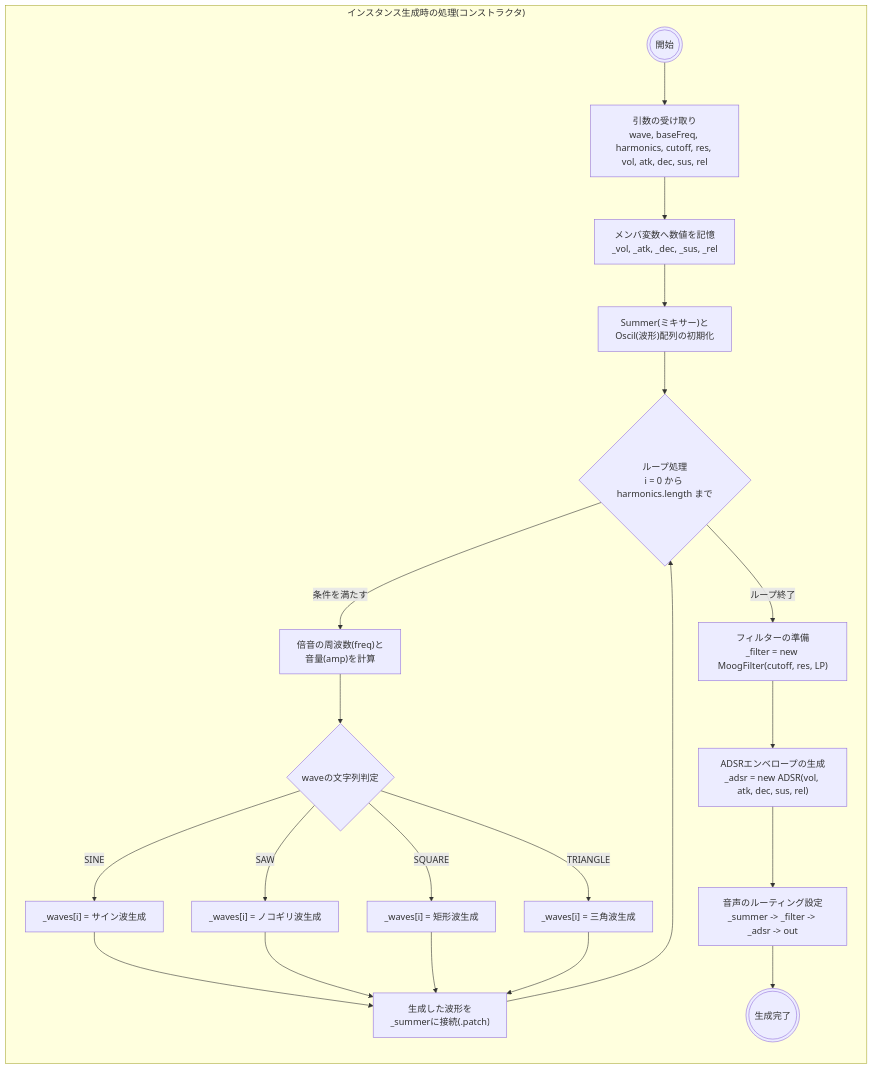
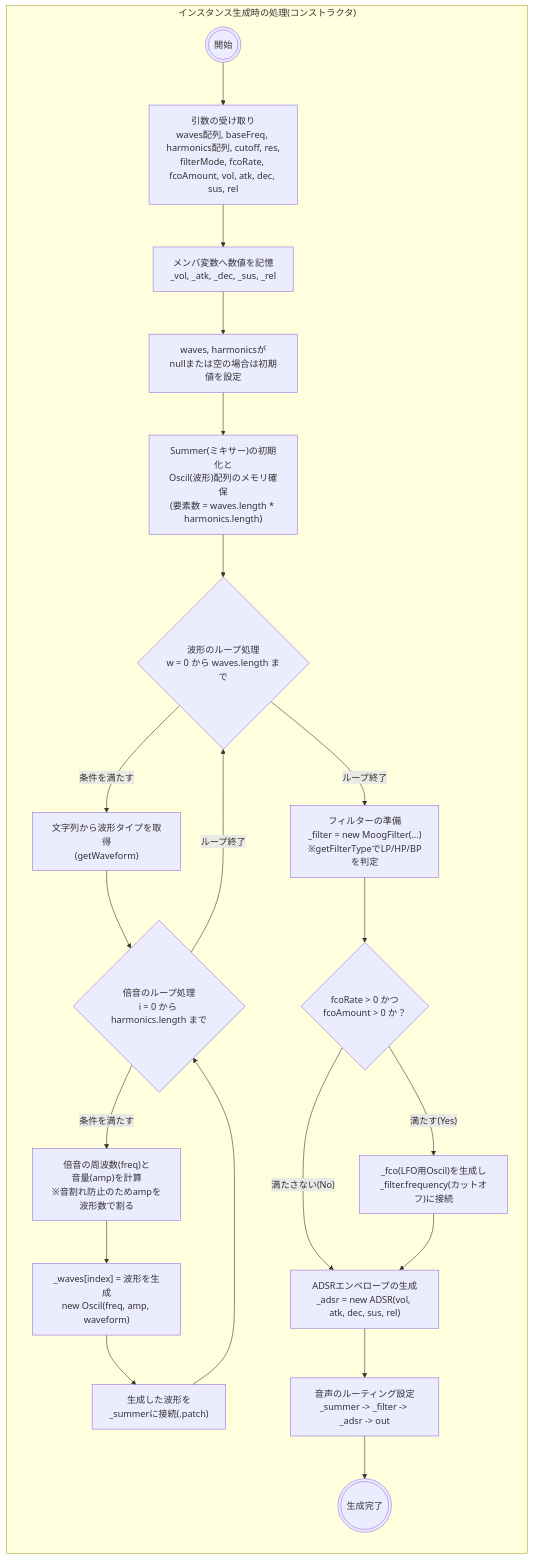
The diagram in InstrumentModule_constructor.md (codenameFKR/hakkason), drawn with Mermaid before and after one commit. The commit also changed 4 other files, not shown here.

````diff
--- a/InstrumentModule_constructor.md
+++ b/InstrumentModule_constructor.md
@@ -1,40 +1,44 @@
 ```mermaid
 
 graph TD;
     %% コンストラクタの処理フロー
     subgraph Constructor ["<span style='white-space: nowrap;'>インスタンス生成時の処理(コンストラクタ)</span>"]
     direction TB
-        Start((("開始"))) --> Args["引数の受け取り<br>wave, baseFreq, harmonics, cutoff, res, vol, atk, dec, sus, rel"]
+        Start((("開始"))) --> Args["引数の受け取り<br>waves配列, baseFreq, harmonics配列, cutoff, res,<br>filterMode, fcoRate, fcoAmount, vol, atk, dec, sus, rel"]
         
         Args --> Assign["メンバ変数へ数値を記憶<br>_vol, _atk, _dec, _sus, _rel"]
         
-        Assign --> InitSummer["Summer(ミキサー)と<br>Oscil(波形)配列の初期化"]
+        Assign --> CheckNulls["waves, harmonicsが<br>nullまたは空の場合は初期値を設定"]
         
-        InitSummer --> LoopStart{"ループ処理<br>i = 0 から harmonics.length まで"}
+        CheckNulls --> InitSummer["Summer(ミキサー)の初期化と<br>Oscil(波形)配列のメモリ確保<br>(要素数 = waves.length * harmonics.length)"]
         
-        LoopStart -- 条件を満たす --> Calc["倍音の周波数(freq)と<br>音量(amp)を計算"]
+        InitSummer --> OuterLoopStart{"波形のループ処理<br>w = 0 から waves.length まで"}
         
-        Calc --> Cond{"waveの文字列判定"}
+        OuterLoopStart -- 条件を満たす --> GetWaveType["文字列から波形タイプを取得<br>(getWaveform)"]
         
-        Cond -- "SINE" --> WSine["_waves[i] = サイン波生成"]
-        Cond -- "SAW" --> WSaw["_waves[i] = ノコギリ波生成"]
-        Cond -- "SQUARE" --> WSquare["_waves[i] = 矩形波生成"]
-        Cond -- "TRIANGLE" --> WTri["_waves[i] = 三角波生成"]
+        GetWaveType --> InnerLoopStart{"倍音のループ処理<br>i = 0 から harmonics.length まで"}
         
-        WSine --> PatchSummer["生成した波形を<br>_summerに接続(.patch)"]
-        WSaw --> PatchSummer
-        WSquare --> PatchSummer
-        WTri --> PatchSummer
+        InnerLoopStart -- 条件を満たす --> Calc["倍音の周波数(freq)と<br>音量(amp)を計算<br>※音割れ防止のためampを波形数で割る"]
         
-        PatchSummer --> LoopStart
+        Calc --> CreateOscil["_waves[index] = 波形を生成<br>new Oscil(freq, amp, waveform)"]
         
-        LoopStart -- ループ終了 --> FilterInit["フィルターの準備<br>_filter = new MoogFilter(cutoff, res, LP)"]
+        CreateOscil --> PatchSummer["生成した波形を<br>_summerに接続(.patch)"]
         
-        FilterInit --> ADSRInit["ADSRエンベロープの生成<br>_adsr = new ADSR(vol, atk, dec, sus, rel)"]
+        PatchSummer --> InnerLoopStart
+        
+        InnerLoopStart -- ループ終了 --> OuterLoopStart
+        
+        OuterLoopStart -- ループ終了 --> FilterInit["フィルターの準備<br>_filter = new MoogFilter(...)<br>※getFilterTypeでLP/HP/BPを判定"]
+        
+        FilterInit --> CheckFCO{"fcoRate > 0 かつ<br>fcoAmount > 0 か？"}
+        
+        CheckFCO -- 満たす(Yes) --> SetupFCO["_fco(LFO用Oscil)を生成し<br>_filter.frequency(カットオフ)に接続"]
+        CheckFCO -- 満たさない(No) --> ADSRInit["ADSRエンベロープの生成<br>_adsr = new ADSR(vol, atk, dec, sus, rel)"]
+        SetupFCO --> ADSRInit
         
         ADSRInit --> PatchFinal["音声のルーティング設定<br>_summer -> _filter -> _adsr -> out"]
         
         PatchFinal --> End1((("生成完了")))
     end
 
 ```
````
